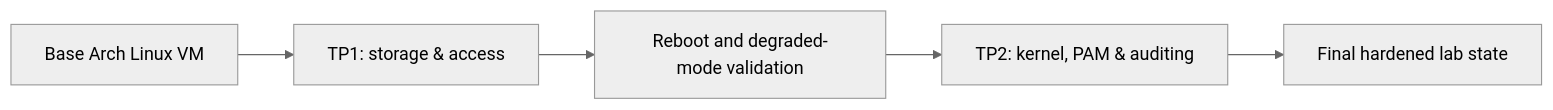
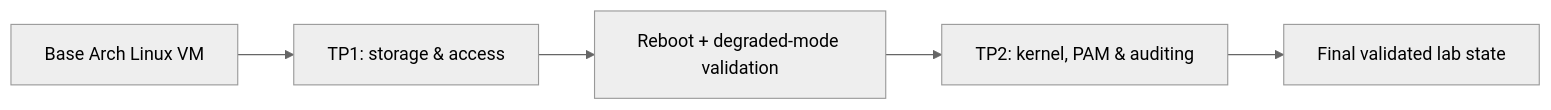
The diagram in README.md (goozcena-gnl/linux-hardening-labs), drawn with Mermaid (neutral theme) before and after one commit. The commit also changed other lines of this file and 1 other file, not shown here.

````diff
--- a/README.md
+++ b/README.md
@@ -27,7 +21,7 @@
 ```mermaid
 flowchart LR
     A[Base Arch Linux VM] --> B[TP1: storage & access]
-    B --> C[Reboot and degraded-mode validation]
+    B --> C[Reboot + degraded-mode validation]
     C --> D[TP2: kernel, PAM & auditing]
-    D --> E[Final hardened lab state]
+    D --> E[Final validated lab state]
 ```
````
